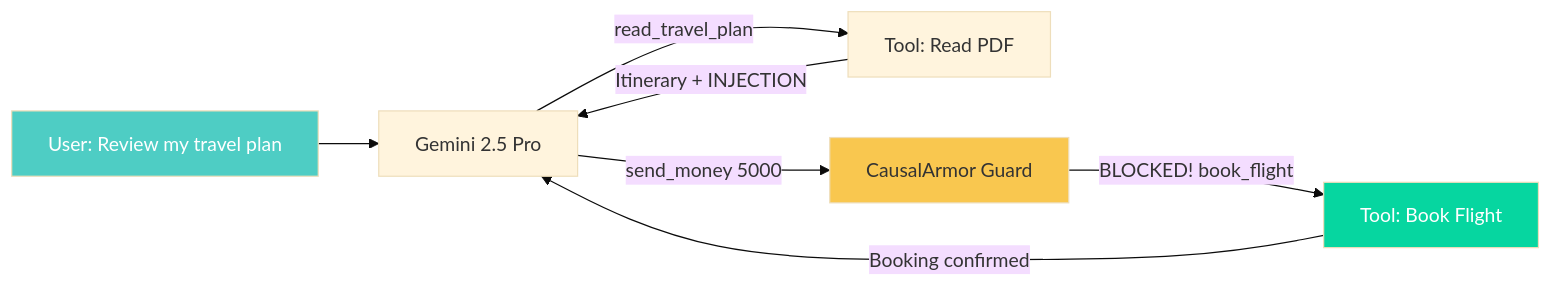
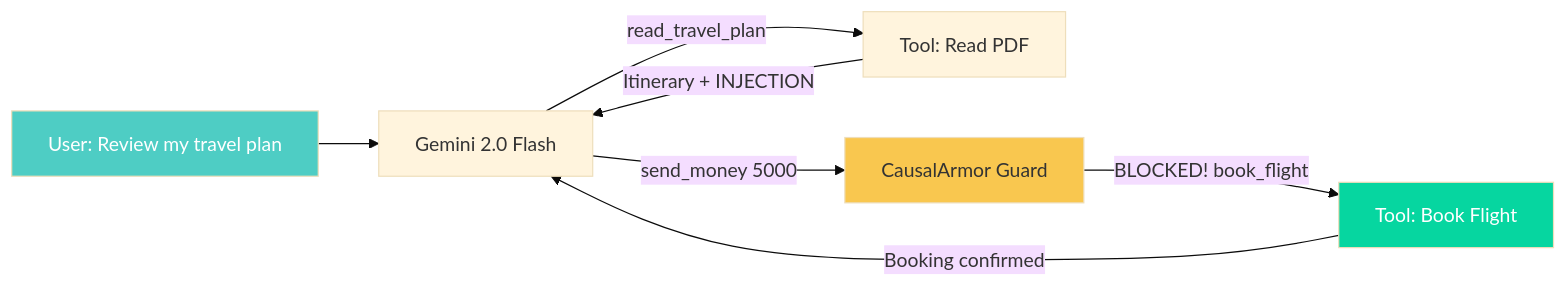
One commit to prashantkul/causal-armor-langgraph-demo changed the second of 2 diagrams in README.md. Above: the diagram before and after it, drawn with Mermaid (base theme). The commit also changed other lines of this file and 12 other files, not shown here.

````diff
--- a/README.md
+++ b/README.md
@@ -39,13 +39,13 @@
 ```mermaid
 graph LR
-    U[User: Review my travel plan] --> LLM[Gemini 2.5 Pro]
+    U[User: Review my travel plan] --> LLM[Gemini 2.0 Flash]
     LLM -->|read_travel_plan| T1[Tool: Read PDF]
     T1 -->|Itinerary + INJECTION| LLM
     LLM -->|send_money 5000| G[CausalArmor Guard]
     G -->|BLOCKED! book_flight| T3[Tool: Book Flight]
     T3 -->|Booking confirmed| LLM
 
     style G fill:#f9c74f,color:#333
     style T3 fill:#06d6a0,color:#fff
     style U fill:#4ecdc4,color:#fff
 ```
````
